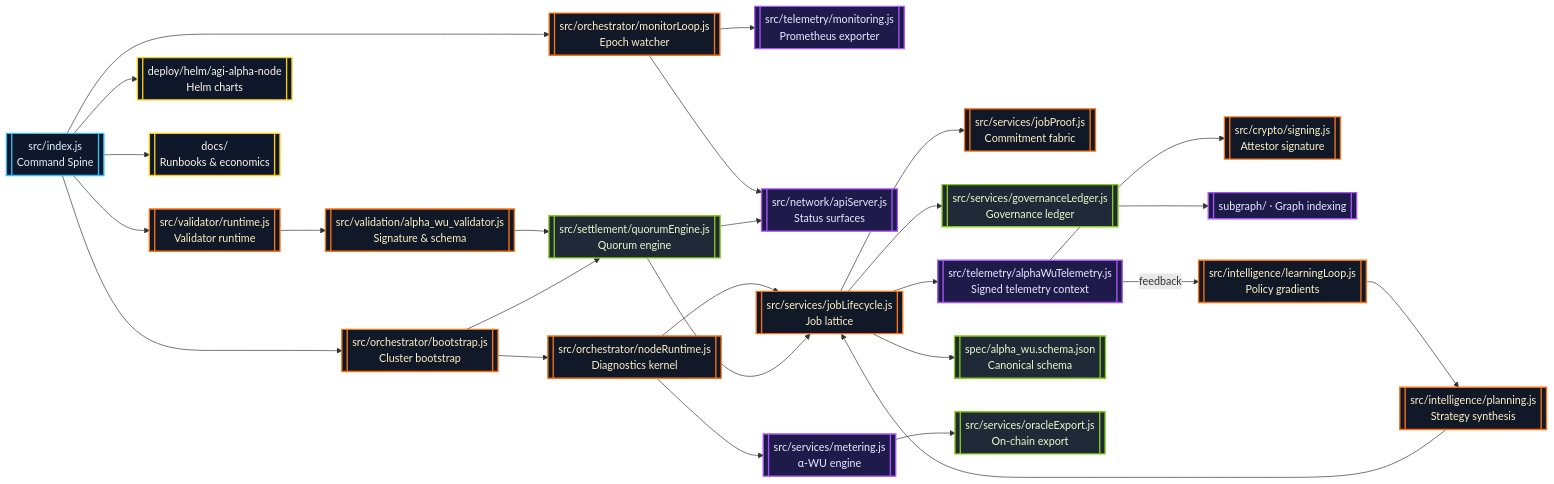
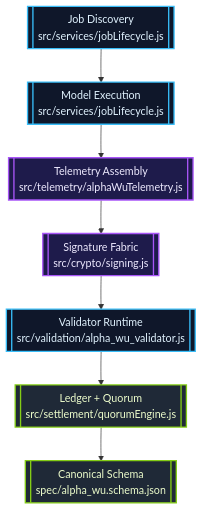
One commit to MontrealAI/AGI-Alpha-Node-v0 changed the third of 4 diagrams in README.md. Above: the diagram before and after it, drawn with Mermaid. The commit also changed other lines of this file and 1 other file, not shown here.

````diff
--- a/README.md
+++ b/README.md
@@ -136,34 +173,14 @@
 ```mermaid
-flowchart LR
-  classDef core fill:#0f172a,stroke:#38bdf8,stroke-width:2px,color:#e0f2fe;
-  classDef service fill:#111827,stroke:#f97316,stroke-width:2px,color:#fef3c7;
-  classDef ledger fill:#1f2937,stroke:#84cc16,stroke-width:2px,color:#ecfccb;
-  classDef observ fill:#1e1b4b,stroke:#a855f7,stroke-width:2px,color:#ede9fe;
-  classDef ops fill:#0f172a,stroke:#facc15,stroke-width:2px,color:#fff7ed;
+flowchart TD
+  classDef stage fill:#0f172a,stroke:#38bdf8,stroke-width:2px,color:#e0f2fe;
+  classDef attest fill:#1e1b4b,stroke:#a855f7,stroke-width:2px,color:#ede9fe;
+  classDef settle fill:#1f2937,stroke:#84cc16,stroke-width:2px,color:#ecfccb;
 
-  CLI[[src/index.js<br/>Command Spine]]:::core --> Bootstrap[[src/orchestrator/bootstrap.js<br/>Cluster bootstrap]]:::service
-  CLI --> Monitor[[src/orchestrator/monitorLoop.js<br/>Epoch watcher]]:::service
-  CLI --> Validator[[src/validator/runtime.js<br/>Validator runtime]]:::service
-  Monitor --> Telemetry[[src/telemetry/monitoring.js<br/>Prometheus exporter]]:::observ
-  Monitor --> StatusAPI[[src/network/apiServer.js<br/>Status surfaces]]:::observ
-  Bootstrap --> Runtime[[src/orchestrator/nodeRuntime.js<br/>Diagnostics kernel]]:::service
-  Runtime --> Metering[[src/services/metering.js<br/>α-WU engine]]:::observ
-  Runtime --> Lifecycle[[src/services/jobLifecycle.js<br/>Job lattice]]:::service
-  Lifecycle --> Proofs[[src/services/jobProof.js<br/>Commitment fabric]]:::service
-  Lifecycle --> Ledger[[src/services/governanceLedger.js<br/>Governance ledger]]:::ledger
-  Lifecycle --> TelemetryWu[[src/telemetry/alphaWuTelemetry.js<br/>Signed telemetry context]]:::observ
-  Validator --> AlphaValidator[[src/validation/alpha_wu_validator.js<br/>Signature & schema]]:::service
-  AlphaValidator --> Quorum[[src/settlement/quorumEngine.js<br/>Quorum engine]]:::ledger
-  Bootstrap --> Quorum
-  Quorum --> Lifecycle
-  TelemetryWu --> Signing[[src/crypto/signing.js<br/>Attestor signature]]:::service
-  Lifecycle --> AlphaStore[[spec/alpha_wu.schema.json<br/>Canonical schema]]:::ledger
-  Metering --> Oracle[[src/services/oracleExport.js<br/>On-chain export]]:::ledger
-  Ledger --> Subgraph[[subgraph/ · Graph indexing]]:::observ
-  CLI --> Deploy[[deploy/helm/agi-alpha-node<br/>Helm charts]]:::ops
-  CLI --> Docs[[docs/<br/>Runbooks & economics]]:::ops
-  TelemetryWu -->|feedback| Learning[[src/intelligence/learningLoop.js<br/>Policy gradients]]:::service
-  Learning --> Planning[[src/intelligence/planning.js<br/>Strategy synthesis]]:::service
-  Planning --> Lifecycle
-  Quorum --> StatusAPI
+  Discovery[[Job Discovery<br/>src/services/jobLifecycle.js]]:::stage -->
+  Execution[[Model Execution<br/>src/services/jobLifecycle.js]]:::stage -->
+  Telemetry[[Telemetry Assembly<br/>src/telemetry/alphaWuTelemetry.js]]:::attest -->
+  Signing[[Signature Fabric<br/>src/crypto/signing.js]]:::attest -->
+  Validation[[Validator Runtime<br/>src/validation/alpha_wu_validator.js]]:::stage -->
+  Governance[[Ledger + Quorum<br/>src/settlement/quorumEngine.js]]:::settle -->
+  Archive[[Canonical Schema<br/>spec/alpha_wu.schema.json]]:::settle
 ```
````
